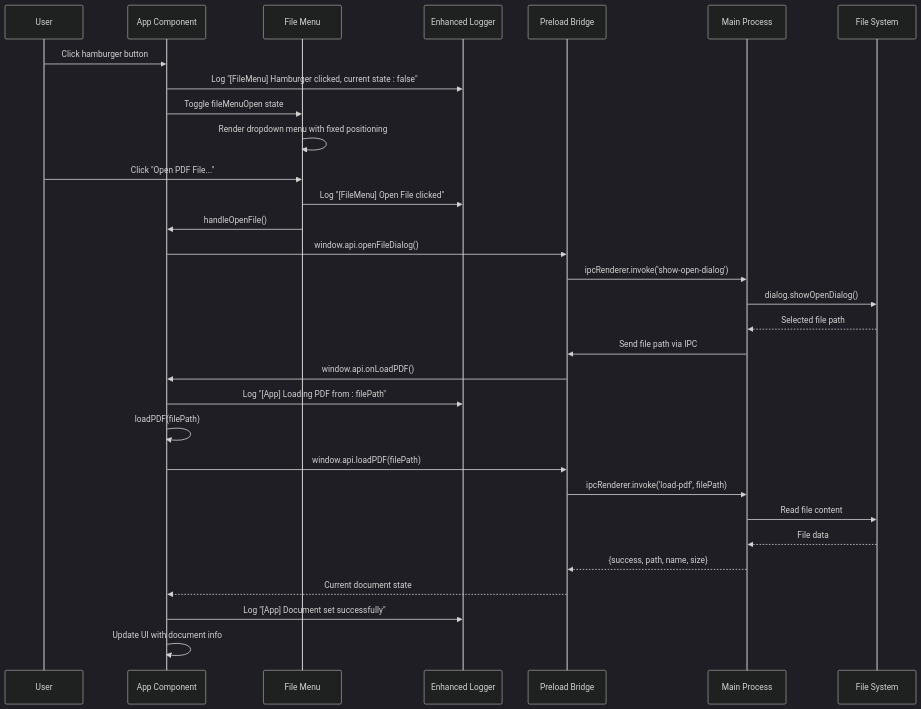
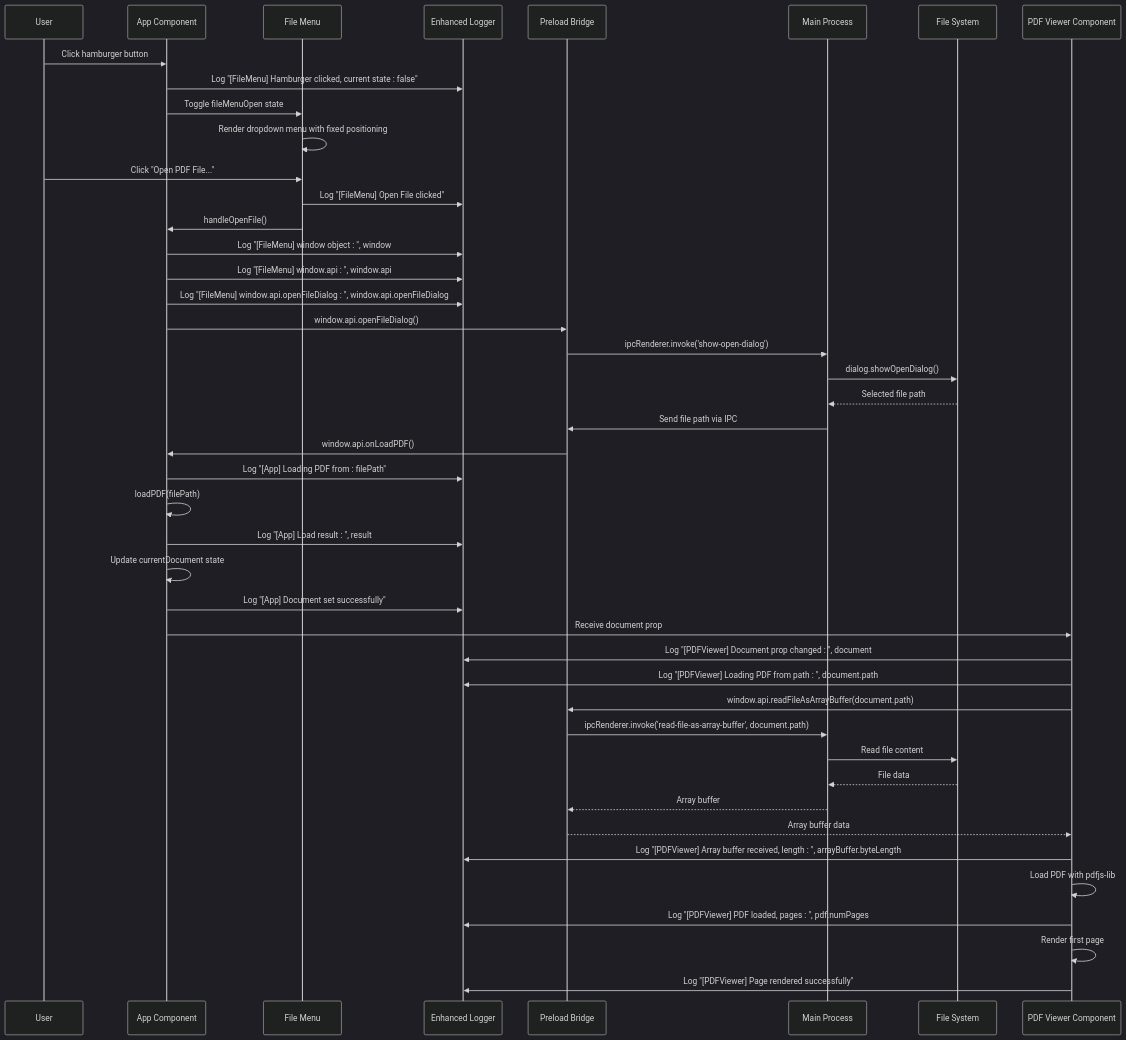
One commit to Chunde/SciPDFReader changed the second of 7 diagrams in .qoder/repowiki/en/content/Core Components/File Menu System.md. Above: the diagram before and after it, drawn with Mermaid (dark theme). The commit also changed other lines of this file and 1 other file, not shown here.

````diff
--- a/.qoder/repowiki/en/content/Core Components/File Menu System.md
+++ b/.qoder/repowiki/en/content/Core Components/File Menu System.md
@@ -119,33 +131,46 @@
 ```mermaid
 sequenceDiagram
 participant User as User
 participant App as App Component
 participant Menu as File Menu
 participant Logger as Enhanced Logger
 participant Preload as Preload Bridge
 participant Main as Main Process
 participant FS as File System
+participant PDFViewer as PDF Viewer Component
 User->>App : Click hamburger button
 App->>Logger : Log "[FileMenu] Hamburger clicked, current state : false"
 App->>Menu : Toggle fileMenuOpen state
 Menu->>Menu : Render dropdown menu with fixed positioning
 User->>Menu : Click "Open PDF File..."
 Menu->>Logger : Log "[FileMenu] Open File clicked"
 Menu->>App : handleOpenFile()
+App->>Logger : Log "[FileMenu] window object : ", window
+App->>Logger : Log "[FileMenu] window.api : ", window.api
+App->>Logger : Log "[FileMenu] window.api.openFileDialog : ", window.api.openFileDialog
 App->>Preload : window.api.openFileDialog()
 Preload->>Main : ipcRenderer.invoke('show-open-dialog')
 Main->>FS : dialog.showOpenDialog()
 FS-->>Main : Selected file path
 Main->>Preload : Send file path via IPC
 Preload->>App : window.api.onLoadPDF()
 App->>Logger : Log "[App] Loading PDF from : filePath"
 App->>App : loadPDF(filePath)
-App->>Preload : window.api.loadPDF(filePath)
-Preload->>Main : ipcRenderer.invoke('load-pdf', filePath)
+App->>Logger : Log "[App] Load result : ", result
+App->>App : Update currentDocument state
+App->>Logger : Log "[App] Document set successfully"
+App->>PDFViewer : Receive document prop
+PDFViewer->>Logger : Log "[PDFViewer] Document prop changed : ", document
+PDFViewer->>Logger : Log "[PDFViewer] Loading PDF from path : ", document.path
+PDFViewer->>Preload : window.api.readFileAsArrayBuffer(document.path)
+Preload->>Main : ipcRenderer.invoke('read-file-as-array-buffer', document.path)
 Main->>FS : Read file content
 FS-->>Main : File data
-Main-->>Preload : {success, path, name, size}
-Preload-->>App : Current document state
-App->>Logger : Log "[App] Document set successfully"
-App->>App : Update UI with document info
+Main-->>Preload : Array buffer
+Preload-->>PDFViewer : Array buffer data
+PDFViewer->>Logger : Log "[PDFViewer] Array buffer received, length : ", arrayBuffer.byteLength
+PDFViewer->>PDFViewer : Load PDF with pdfjs-lib
+PDFViewer->>Logger : Log "[PDFViewer] PDF loaded, pages : ", pdf.numPages
+PDFViewer->>PDFViewer : Render first page
+PDFViewer->>Logger : Log "[PDFViewer] Page rendered successfully"
 ```
````
